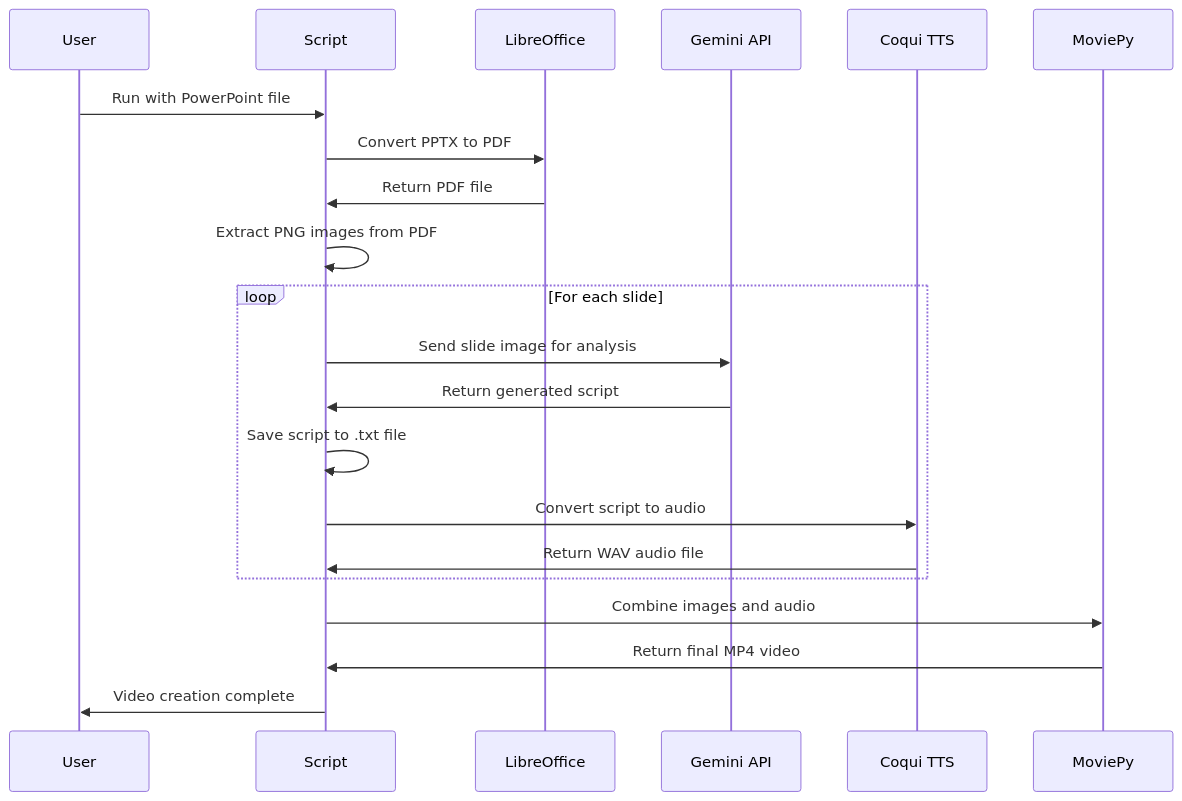
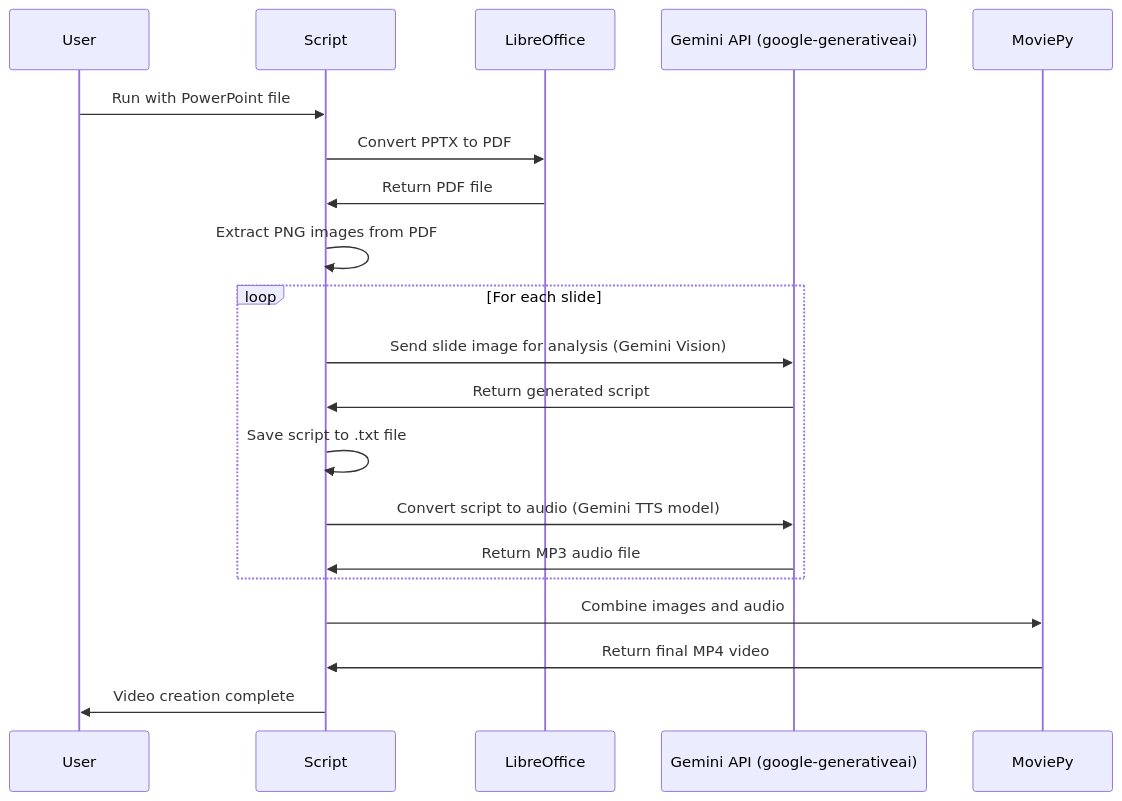
One commit to danielcregg/powerpoint-to-video changed the fourth of 7 diagrams in README.md. Above: the diagram before and after it, drawn with Mermaid. The commit also changed other lines of this file and 1 other file, not shown here.

First line of the commit message:
Integrate Gemini SDK for Text-to-Speech

````diff
--- a/README.md
+++ b/README.md
@@ -152,26 +153,25 @@
 ```mermaid
 sequenceDiagram
     participant U as User
     participant S as Script
     participant L as LibreOffice
-    participant G as Gemini API
-    participant T as Coqui TTS
+    participant G_API as Gemini API (google-generativeai)
     participant M as MoviePy
 
     U->>S: Run with PowerPoint file
     S->>L: Convert PPTX to PDF
     L->>S: Return PDF file
     S->>S: Extract PNG images from PDF
     
     loop For each slide
-        S->>G: Send slide image for analysis
-        G->>S: Return generated script
+        S->>G_API: Send slide image for analysis (Gemini Vision)
+        G_API->>S: Return generated script
         S->>S: Save script to .txt file
-        S->>T: Convert script to audio
-        T->>S: Return WAV audio file
+        S->>G_API: Convert script to audio (Gemini TTS model)
+        G_API->>S: Return MP3 audio file
     end
     
     S->>M: Combine images and audio
     M->>S: Return final MP4 video
     S->>U: Video creation complete
 ```
````
